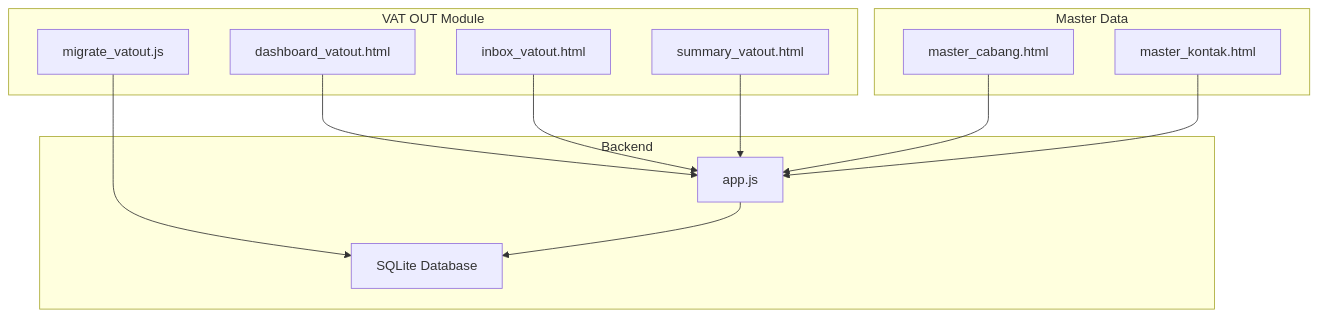
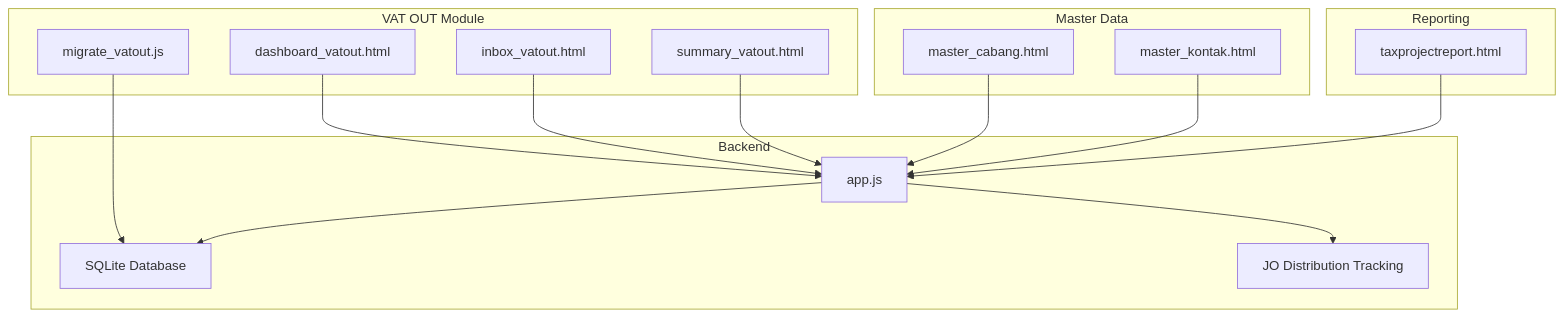
One commit to rendisiagian/TDS_by_RENDISIAGIAN changed the first of 10 diagrams in .qoder/repowiki/en/content/VAT Management System/VAT Output (VAT OUT).md. Above: the diagram before and after it, drawn with Mermaid. The commit also changed other lines of this file and 91 other files, not shown here.

````diff
--- a/.qoder/repowiki/en/content/VAT Management System/VAT Output (VAT OUT).md
+++ b/.qoder/repowiki/en/content/VAT Management System/VAT Output (VAT OUT).md
@@ -42,24 +43,30 @@
 ```mermaid
 graph TB
 subgraph "VAT OUT Module"
 DSH["dashboard_vatout.html"]
 INBX["inbox_vatout.html"]
 SMRY["summary_vatout.html"]
 MIGR["migrate_vatout.js"]
 end
 subgraph "Backend"
 APP["app.js"]
 DB["SQLite Database"]
+JO_TRACK["JO Distribution Tracking"]
 end
 subgraph "Master Data"
 MC["master_cabang.html"]
 MK["master_kontak.html"]
+end
+subgraph "Reporting"
+TPR["taxprojectreport.html"]
 end
 DSH --> APP
 INBX --> APP
 SMRY --> APP
 MIGR --> DB
 APP --> DB
+APP --> JO_TRACK
 MC --> APP
 MK --> APP
+TPR --> APP
 ```
````
